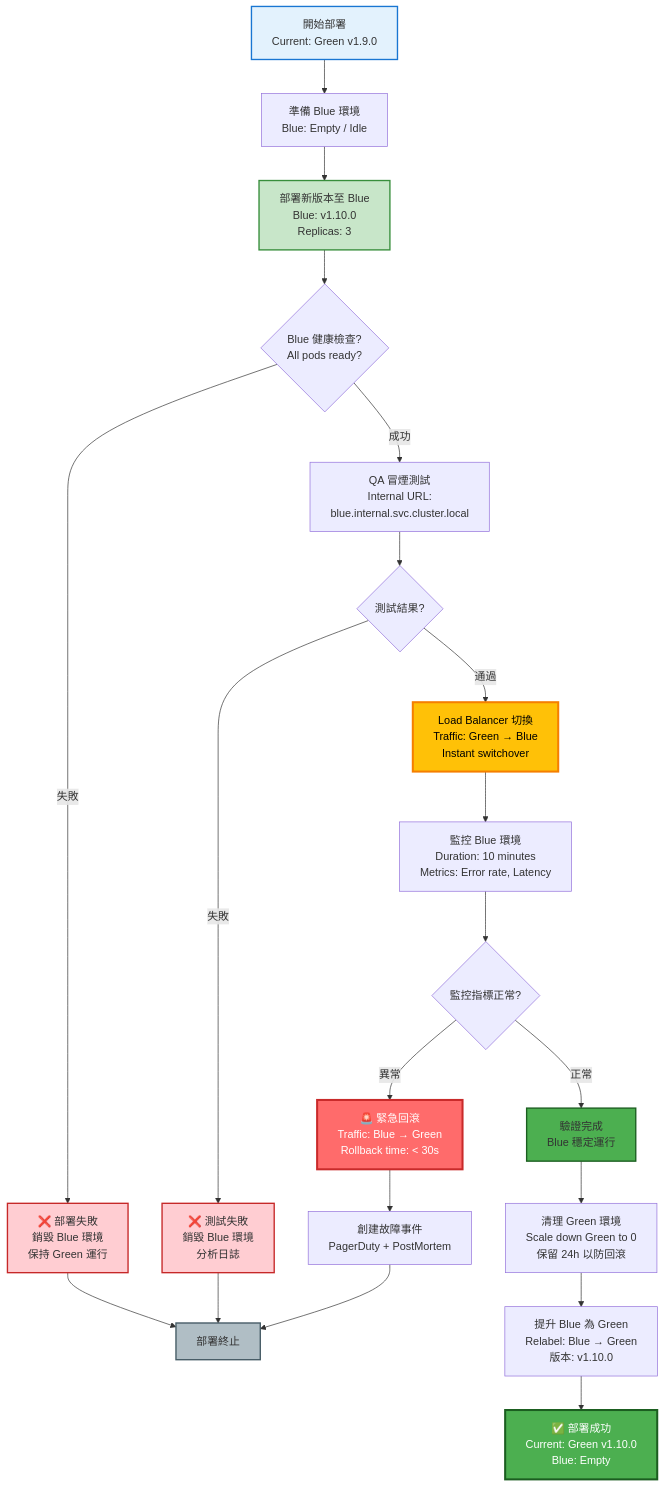
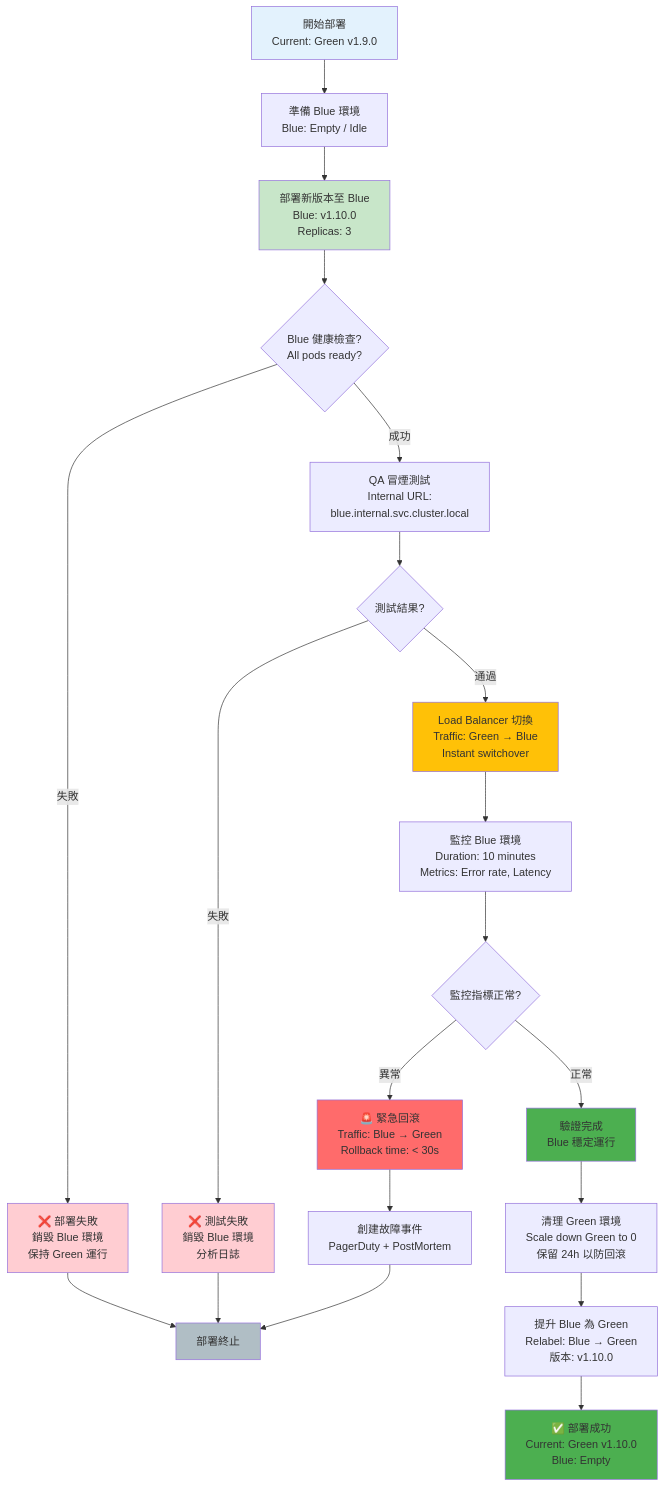
The diagram in docs/iGaming/12_Technical_Operations/12-01_Deployment_Architecture.md (ron03wlb/smart-admin), drawn with Mermaid before and after one commit. The commit also changed 16 other files, not shown here.

First line of the commit message:
fix(mermaid): Phase 6 - fix Type D comma-separated style properties

````diff
--- a/docs/iGaming/12_Technical_Operations/12-01_Deployment_Architecture.md
+++ b/docs/iGaming/12_Technical_Operations/12-01_Deployment_Architecture.md
@@ -38,41 +38,41 @@
 ```mermaid
 flowchart TD
     START[開始部署<br/>Current: Green v1.9.0] --> PREPARE[準備 Blue 環境<br/>Blue: Empty / Idle]
 
     PREPARE --> DEPLOY[部署新版本至 Blue<br/>Blue: v1.10.0<br/>Replicas: 3]
 
     DEPLOY --> HEALTH{Blue 健康檢查?<br/>All pods ready?}
     HEALTH -->|失敗| ROLLBACK1[❌ 部署失敗<br/>銷毀 Blue 環境<br/>保持 Green 運行]
     HEALTH -->|成功| SMOKE[QA 冒煙測試<br/>Internal URL:<br/>blue.internal.svc.cluster.local]
 
     SMOKE --> SMOKE_TEST{測試結果?}
     SMOKE_TEST -->|失敗| ROLLBACK2[❌ 測試失敗<br/>銷毀 Blue 環境<br/>分析日誌]
     SMOKE_TEST -->|通過| SWITCH[Load Balancer 切換<br/>Traffic: Green → Blue<br/>Instant switchover]
 
     SWITCH --> MONITOR[監控 Blue 環境<br/>Duration: 10 minutes<br/>Metrics: Error rate, Latency]
 
     MONITOR --> METRICS{監控指標正常?}
     METRICS -->|異常| ROLLBACK3[🚨 緊急回滾<br/>Traffic: Blue → Green<br/>Rollback time: < 30s]
     METRICS -->|正常| VALIDATE[驗證完成<br/>Blue 穩定運行]
 
     VALIDATE --> CLEANUP[清理 Green 環境<br/>Scale down Green to 0<br/>保留 24h 以防回滾]
 
     CLEANUP --> PROMOTE[提升 Blue 為 Green<br/>Relabel: Blue → Green<br/>版本: v1.10.0]
 
     PROMOTE --> END[✅ 部署成功<br/>Current: Green v1.10.0<br/>Blue: Empty]
 
     ROLLBACK1 --> FAIL_END[部署終止]
     ROLLBACK2 --> FAIL_END
     ROLLBACK3 --> INCIDENT[創建故障事件<br/>PagerDuty + PostMortem]
     INCIDENT --> FAIL_END
 
-    style START fill:#E3F2FD,stroke:#1976D2,stroke-width:2px
-    style DEPLOY fill:#C8E6C9,stroke:#388E3C,stroke-width:2px
-    style SWITCH fill:#FFC107,stroke:#F57F00,stroke-width:3px,color:#000
-    style VALIDATE fill:#4CAF50,stroke:#1B5E20,stroke-width:2px
-    style END fill:#4CAF50,stroke:#1B5E20,stroke-width:3px,color:#FFF
-    style ROLLBACK1 fill:#FFCDD2,stroke:#C62828,stroke-width:2px
-    style ROLLBACK2 fill:#FFCDD2,stroke:#C62828,stroke-width:2px
-    style ROLLBACK3 fill:#FF6B6B,stroke:#C92A2A,stroke-width:3px,color:#FFF
-    style FAIL_END fill:#B0BEC5,stroke:#455A64,stroke-width:2px
+    style START fill:#E3F2FD
+    style DEPLOY fill:#C8E6C9
+    style SWITCH fill:#FFC107
+    style VALIDATE fill:#4CAF50
+    style END fill:#4CAF50
+    style ROLLBACK1 fill:#FFCDD2
+    style ROLLBACK2 fill:#FFCDD2
+    style ROLLBACK3 fill:#FF6B6B
+    style FAIL_END fill:#B0BEC5
 ```
````
